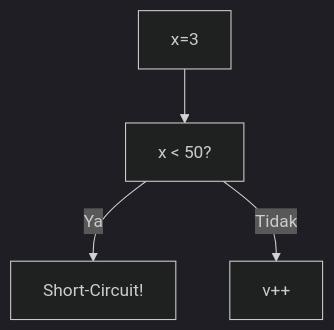
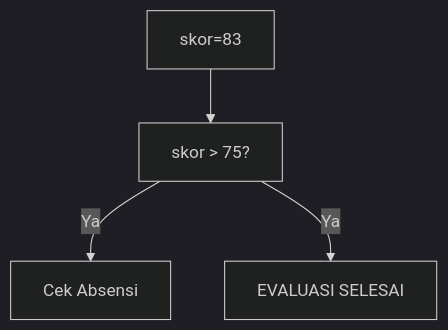
One commit to amnahwaida/OSNK_INF_PREP changed the third of 25 diagrams in part-c-pemahaman-cpp/02-percabangan/latihan/set-08.md. Above: the diagram before and after it, drawn with Mermaid (dark theme). The commit also changed other lines of this file and 71 other files, not shown here.

````diff
--- a/part-c-pemahaman-cpp/02-percabangan/latihan/set-08.md
+++ b/part-c-pemahaman-cpp/02-percabangan/latihan/set-08.md
@@ -77,6 +81,6 @@
 ```mermaid
 graph TD
-A["x=3"] --> B["x < 50?"]
-B -- Ya --> C["Short-Circuit!"]
-B -- Tidak --> D["v++"]
+A["skor=83"] --> B["skor > 75?"]
+B -- Ya --> C["Cek Absensi"]
+B -- Ya --> D["EVALUASI SELESAI"]
 ```
````
